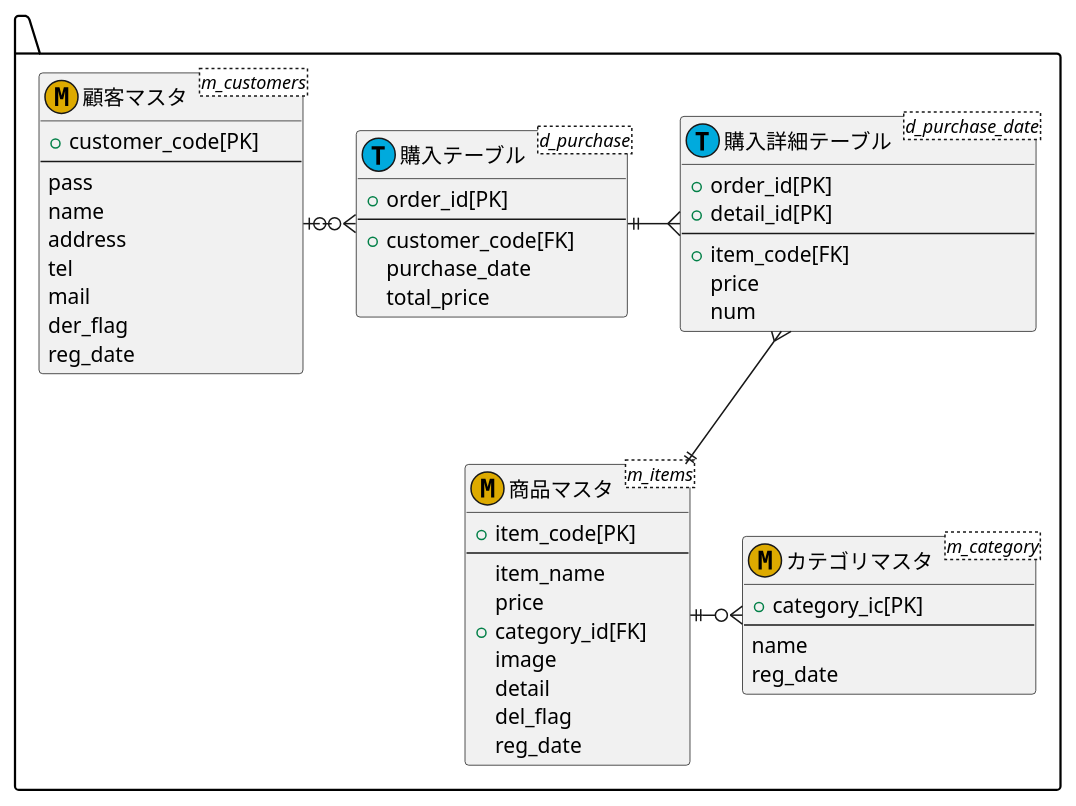
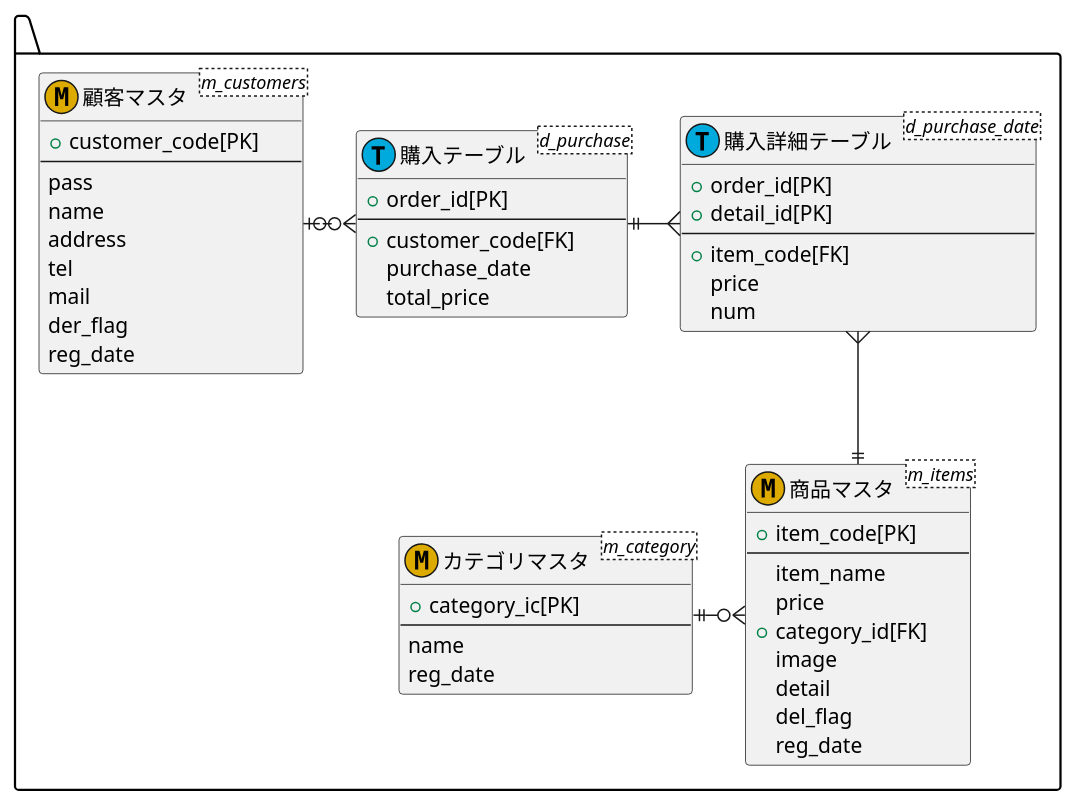
Before and after one commit to Aso2001033/2021.design-sys: the diagram in E-R.md, drawn with PlantUML.

````diff
--- a/E-R.md
+++ b/E-R.md
@@ -1,60 +1,60 @@
 ```puml
 @startuml
 package "" as target_system{
 
 entity "顧客マスタ"<m_customers><<M,DDAA00>>{
  +customer_code[PK]
  --
  pass
  name
  address
  tel
  mail
  der_flag
  reg_date
 }
 
 entity "購入テーブル"<d_purchase><<T,00AADD>>{
 +order_id[PK]
 --
 +customer_code[FK]
 purchase_date
 total_price
 }
 
 entity "購入詳細テーブル"<d_purchase_date><<T,00AADD>>{
 +order_id[PK]
 +detail_id[PK]
 --
 +item_code[FK]
 price
 num
 }
 
 entity "商品マスタ"<m_items><<M,DDAA00>>{
 +item_code[PK]
 --
 item_name
 price
 +category_id[FK]
 image
 detail
 del_flag
 reg_date
 }
 
 entity "カテゴリマスタ"<m_category><<M,DDAA00>>{
 +category_ic[PK]
 --
 name
 reg_date
 }
 }
 
-顧客マスタ |o-o{ 購入テーブル
-購入テーブル ||-{ 購入詳細テーブル 
-購入詳細テーブル }--|| 商品マスタ
-商品マスタ ||-o{ カテゴリマスタ
+顧客マスタ |o-ri-o{ 購入テーブル
+購入テーブル ||-ri-{ 購入詳細テーブル 
+購入詳細テーブル }-do-|| 商品マスタ
+商品マスタ }o-le-|| カテゴリマスタ
 
 @enduml
 ```
````
